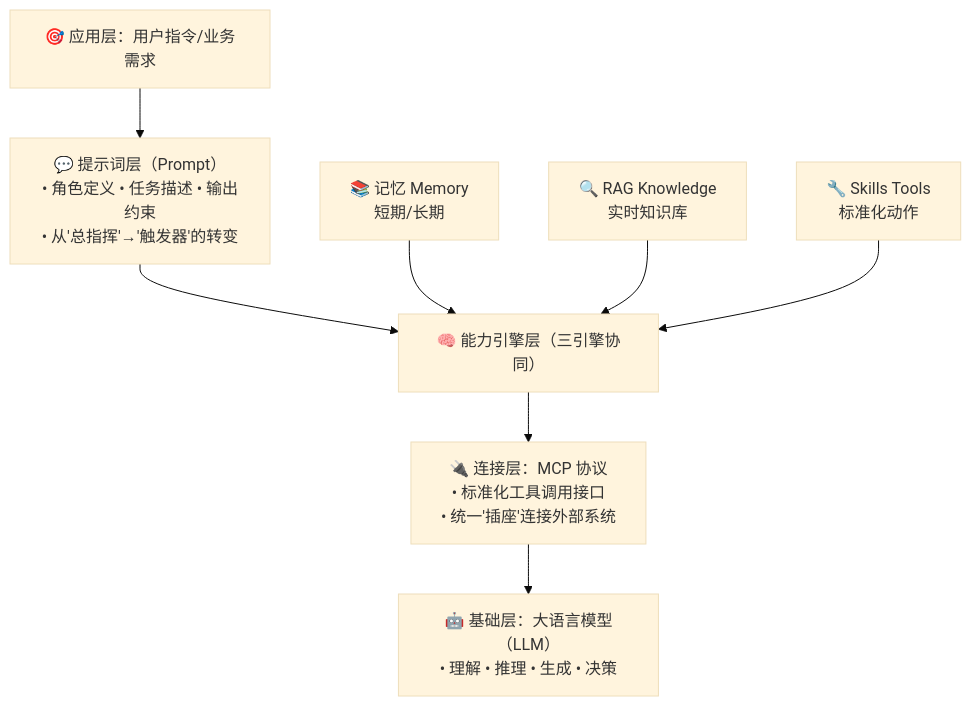
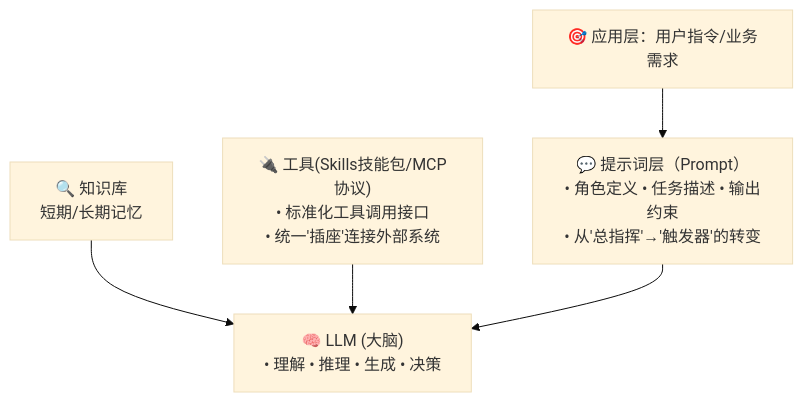
One commit to wb04307201/wb04307201 changed the first of 4 diagrams in note/11.ai/training/lession1/README.md. Above: the diagram before and after it, drawn with Mermaid (base theme). The commit also changed other lines of this file, not shown here.

````diff
--- a/note/11.ai/training/lession1/README.md
+++ b/note/11.ai/training/lession1/README.md
@@ -10,24 +12,16 @@
 ```mermaid
 graph TD
     A["🎯 应用层：用户指令/业务需求"]
     
-    B["💬 提示词层（Prompt）<br/>• 角色定义 • 任务描述 • 输出约束<br/>• 从'总指挥'→'触发器'的转变"]
+    B1["💬 提示词层（Prompt）<br/>• 角色定义 • 任务描述 • 输出约束<br/>• 从'总指挥'→'触发器'的转变"]
     
-    C["🧠 能力引擎层（三引擎协同）"]
+    B2["🔍 知识库<br/>短期/长期记忆"]
+    B3["🔌 工具(Skills技能包/MCP协议)<br/>• 标准化工具调用接口<br/>• 统一'插座'连接外部系统"]
     
-    C1["📚 记忆 Memory<br/>短期/长期"]
-    C2["🔍 RAG Knowledge<br/>实时知识库"]
-    C3["🔧 Skills Tools<br/>标准化动作"]
+    C["🧠 LLM (大脑)<br/>• 理解 • 推理 • 生成 • 决策"]
     
-    D["🔌 连接层：MCP 协议<br/>• 标准化工具调用接口<br/>• 统一'插座'连接外部系统"]
-    
-    E["🤖 基础层：大语言模型（LLM）<br/>• 理解 • 推理 • 生成 • 决策"]
-    
-    A --> B
-    B --> C
-    C1 --> C
-    C2 --> C
-    C3 --> C
-    C --> D
-    D --> E
+    A --> B1
+    B2 --> C
+    B3 --> C
+    B1 --> C
 ```
````
